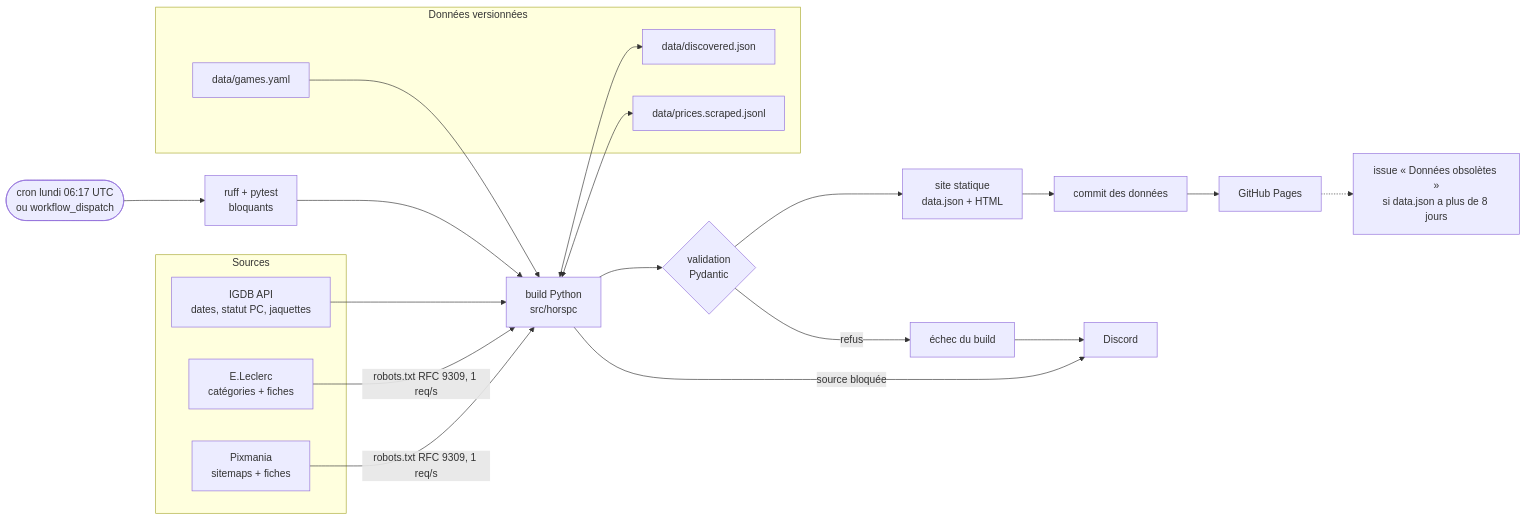
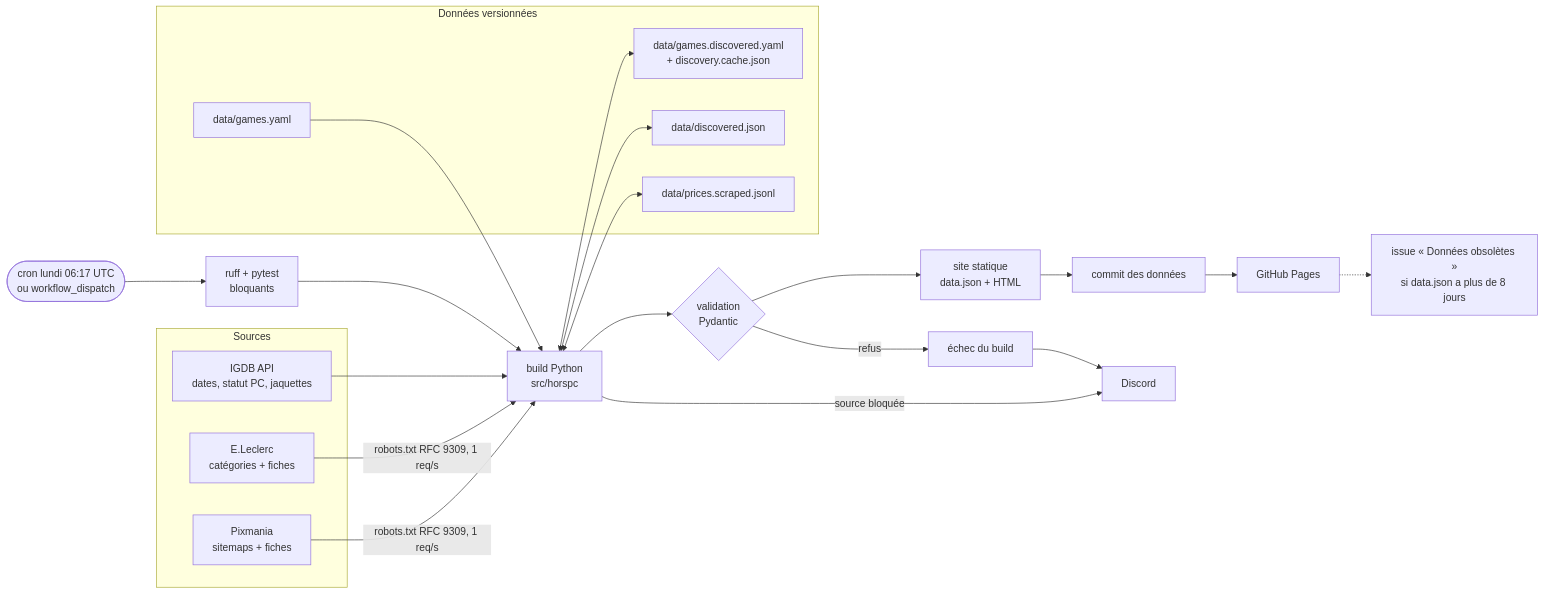
One commit to Mvth1s/hors-pc changed the diagram in README.md. Above: the diagram before and after it, drawn with Mermaid. The commit also changed other lines of this file and 3 other files, not shown here.

````diff
--- a/README.md
+++ b/README.md
@@ -25,29 +26,31 @@
 ```mermaid
 flowchart LR
     subgraph Sources
         IGDB["IGDB API<br/>dates, statut PC, jaquettes"]
         LEC["E.Leclerc<br/>catégories + fiches"]
         PIX["Pixmania<br/>sitemaps + fiches"]
     end
     subgraph Données versionnées
         GY["data/games.yaml"]
+        GD["data/games.discovered.yaml<br/>+ discovery.cache.json"]
         DISC["data/discovered.json"]
         HIST["data/prices.scraped.jsonl"]
     end
     CRON(["cron lundi 06:17 UTC<br/>ou workflow_dispatch"]) --> CI["ruff + pytest<br/>bloquants"]
     CI --> BUILD["build Python<br/>src/horspc"]
     GY --> BUILD
+    BUILD <--> GD
     IGDB --> BUILD
     LEC -->|"robots.txt RFC 9309, 1 req/s"| BUILD
     PIX -->|"robots.txt RFC 9309, 1 req/s"| BUILD
     BUILD <--> DISC
     BUILD <--> HIST
     BUILD --> VAL{"validation<br/>Pydantic"}
     VAL -->|refus| FAIL["échec du build"]
     VAL --> SITE["site statique<br/>data.json + HTML"]
     SITE --> COMMIT["commit des données"]
     COMMIT --> PAGES["GitHub Pages"]
     FAIL --> DISCORD["Discord"]
     BUILD -->|"source bloquée"| DISCORD
     PAGES -.-> FRESH["issue « Données obsolètes »<br/>si data.json a plus de 8 jours"]
 ```
````
